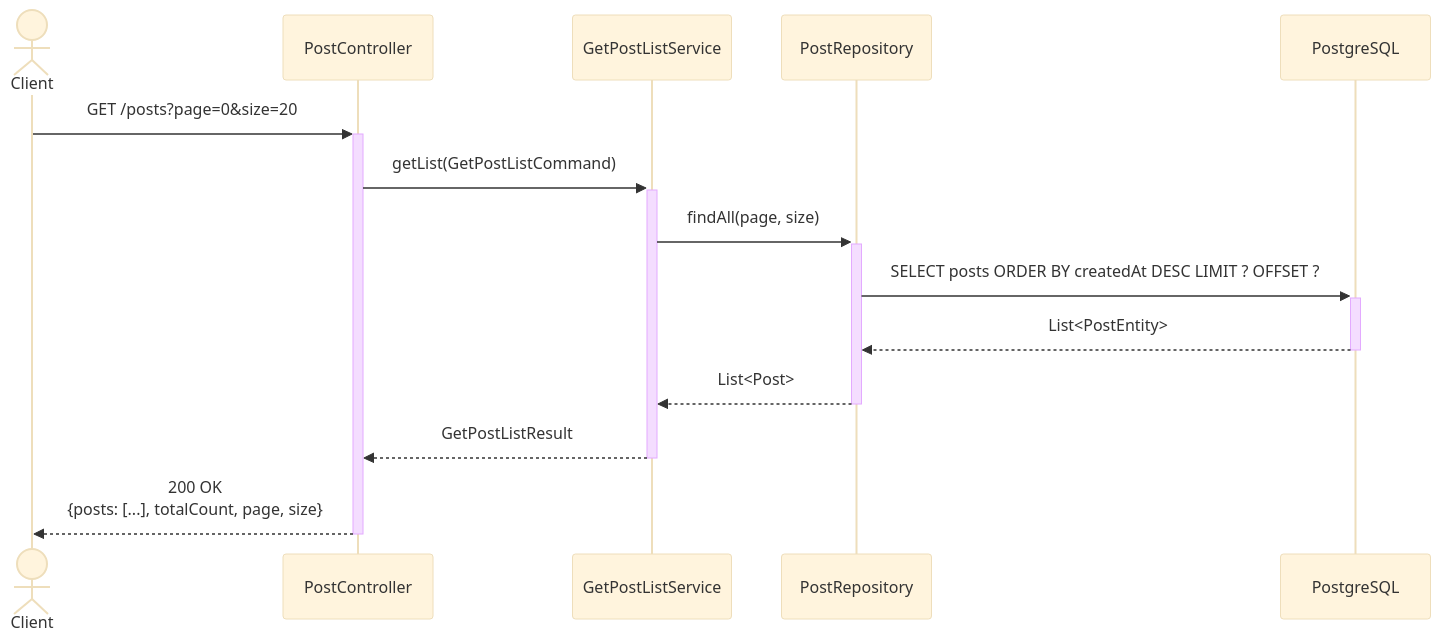
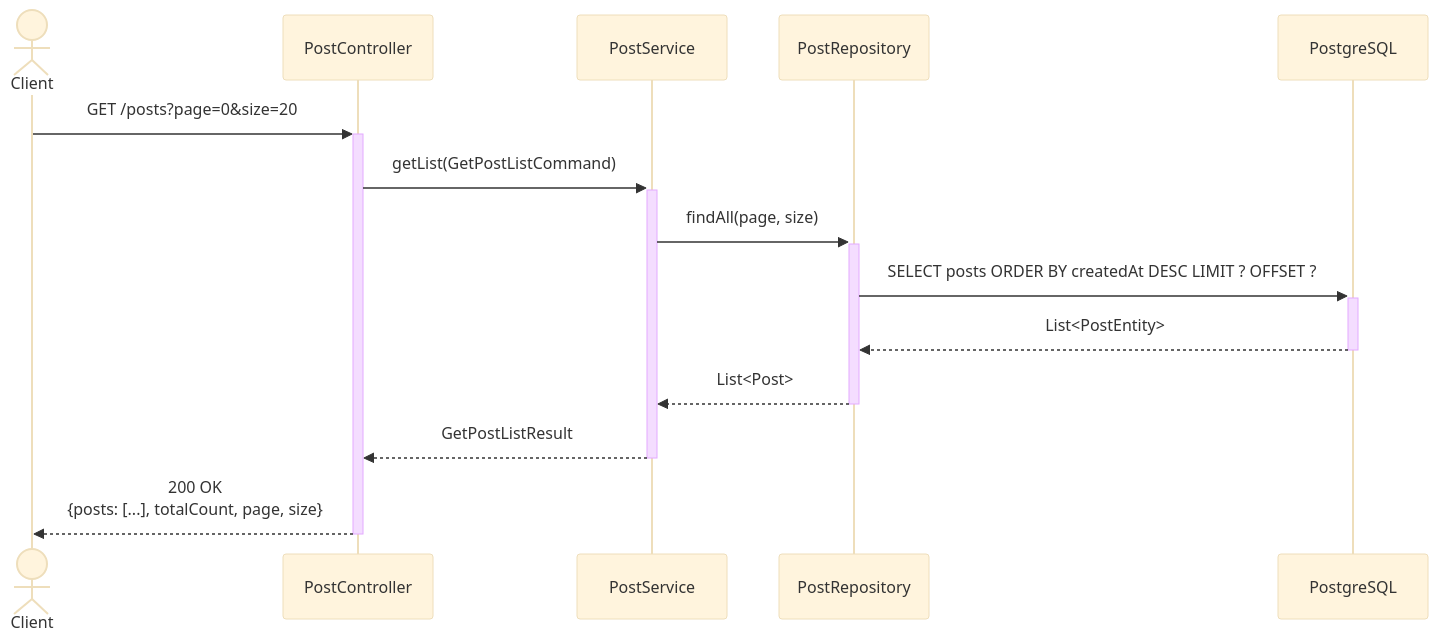
The fifth of 8 diagrams in docs/board/BOARD.md (GoToOOP2/OOP), drawn with Mermaid (base theme) before and after one commit. The commit also changed other lines of this file and 13 other files, not shown here.

First line of the commit message:
refactor(post): UseCase·Service 단일 클래스로 통합

````diff
--- a/docs/board/BOARD.md
+++ b/docs/board/BOARD.md
@@ -169,17 +146,17 @@
 ```mermaid
 sequenceDiagram
     actor Client
     participant C  as PostController
-    participant S  as GetPostListService
+    participant S  as PostService
     participant R  as PostRepository
     participant DB as PostgreSQL
 
     Client ->>+ C: GET /posts?page=0&size=20
     C ->>+ S: getList(GetPostListCommand)
     S ->>+ R: findAll(page, size)
     R ->>+ DB: SELECT posts ORDER BY createdAt DESC LIMIT ? OFFSET ?
     DB -->>- R: List<PostEntity>
     R -->>- S: List<Post>
     S -->>- C: GetPostListResult
     C -->>- Client: 200 OK<br/>{posts: [...], totalCount, page, size}
 ```
````
